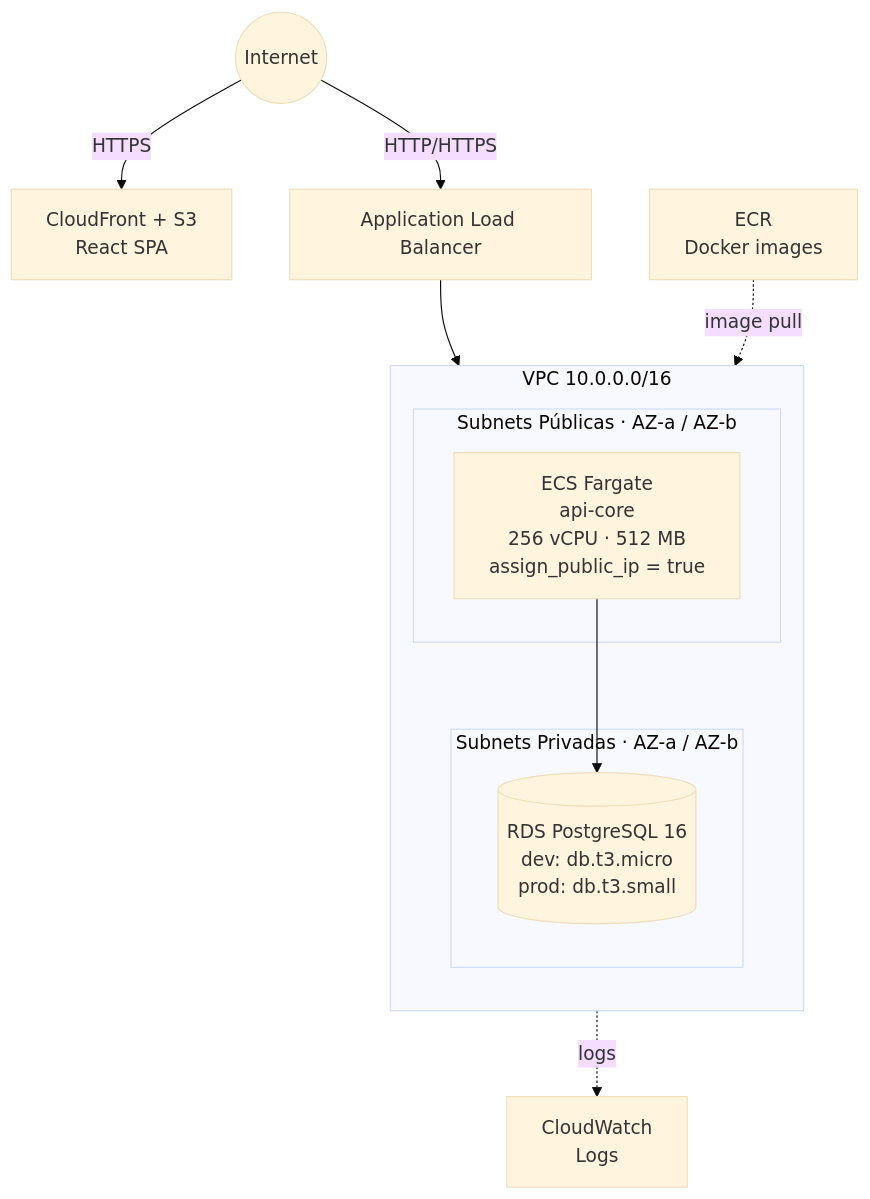
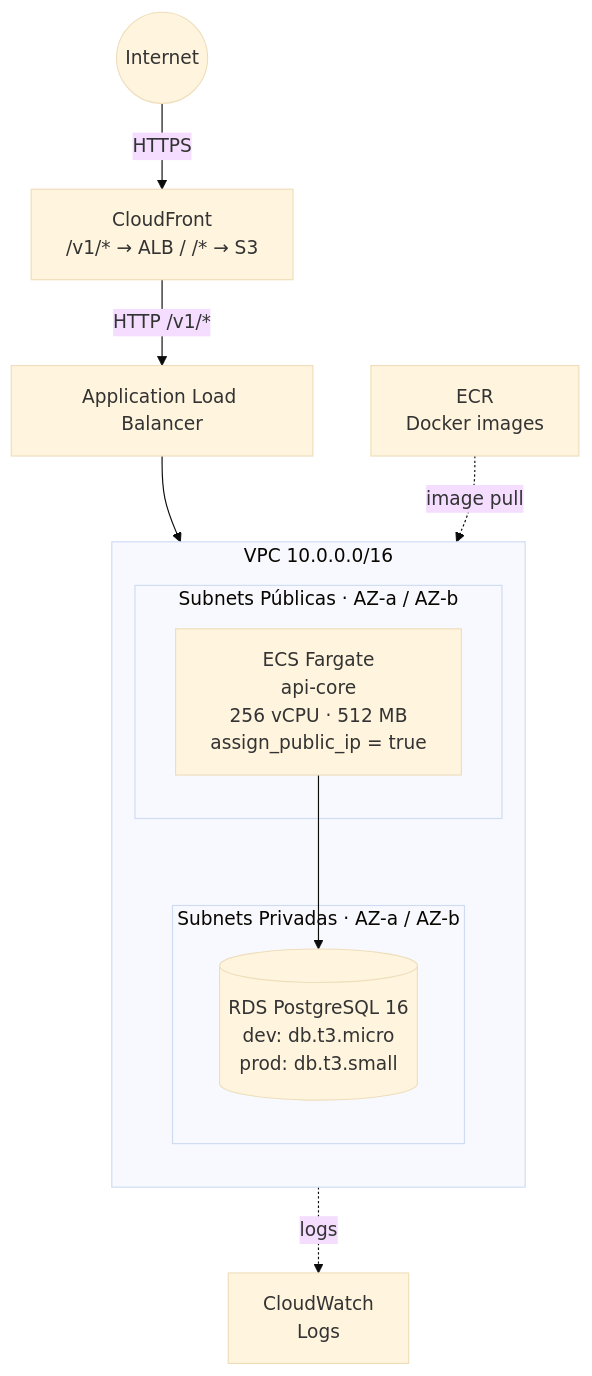
One commit to gercenioxsilva/erp-lite changed the second of 2 diagrams in README.md. Above: the diagram before and after it, drawn with Mermaid (base theme). The commit also changed other lines of this file and 5 other files, not shown here.

First line of the commit message:
fix: route API through CloudFront HTTPS to eliminate Mixed Content error

````diff
--- a/README.md
+++ b/README.md
@@ -120,24 +131,24 @@
 ```mermaid
 flowchart TD
     internet(("Internet"))
-    internet -->|HTTPS| cf["CloudFront + S3\nReact SPA"]
-    internet -->|HTTP/HTTPS| alb["Application Load Balancer"]
+    internet -->|HTTPS| cf["CloudFront\n/v1/* → ALB  /  /* → S3"]
+    cf -->|HTTP /v1/*| alb["Application Load Balancer"]
 
     subgraph vpc["VPC  10.0.0.0/16"]
         direction TB
         subgraph pub["Subnets Públicas  ·  AZ-a / AZ-b"]
             ecs["ECS Fargate\napi-core\n256 vCPU · 512 MB\nassign_public_ip = true"]
         end
         subgraph priv["Subnets Privadas  ·  AZ-a / AZ-b"]
             rds[("RDS PostgreSQL 16\ndev: db.t3.micro\nprod: db.t3.small")]
         end
     end
 
     ecr["ECR\nDocker images"]
     cw["CloudWatch\nLogs"]
 
     alb --> ecs
     ecs --> rds
     ecr -.->|image pull| ecs
     ecs -.->|logs| cw
 ```
````
